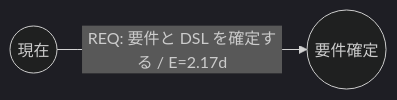
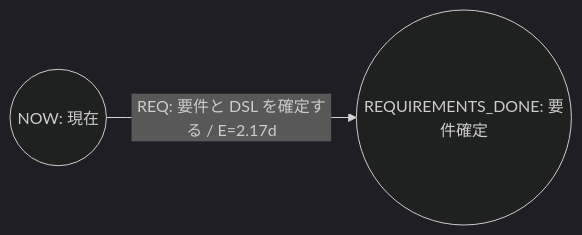
The first of 2 diagrams in docs/requirements.md (mako10k/perttool), drawn with Mermaid (dark theme) before and after one commit. The commit also changed other lines of this file and 9 other files, not shown here.

Commit message:
Define lossless Mermaid profile

````diff
--- a/docs/requirements.md
+++ b/docs/requirements.md
@@ -706,6 +708,6 @@
 ```mermaid
 flowchart LR
-  NOW(("現在"))
-  REQUIREMENTS_DONE(("要件確定"))
-  NOW -->|"REQ: 要件と DSL を確定する / E=2.17d"| REQUIREMENTS_DONE
+  ptm_NOW(("NOW: 現在"))
+  ptm_REQUIREMENTS_DONE(("REQUIREMENTS_DONE: 要件確定"))
+  ptm_NOW -->|"REQ: 要件と DSL を確定する / E=2.17d"| ptm_REQUIREMENTS_DONE
 ```
````
